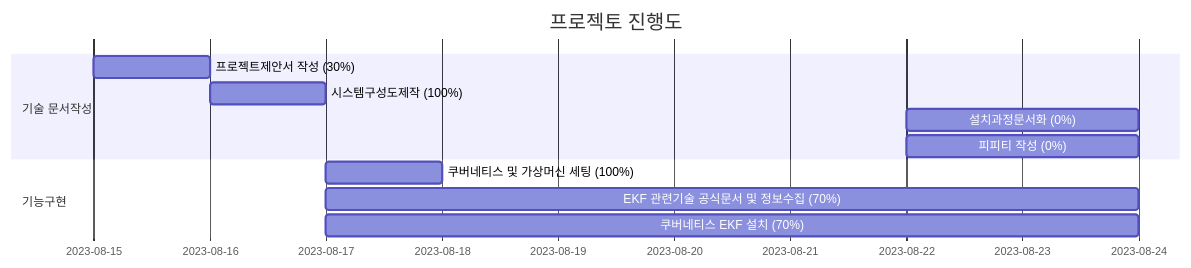
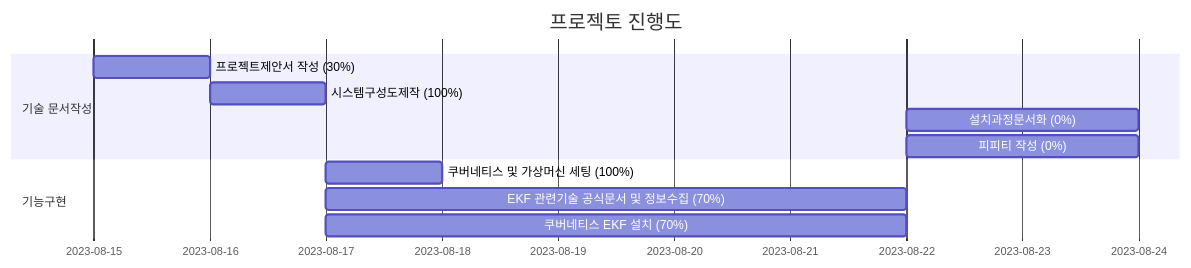
One commit to minjunkim5876/project_eggs changed the diagram in README.md. Above: the diagram before and after it, drawn with Mermaid.

Commit message:
ㅇㅇㅇㅇㅇ

````diff
--- a/README.md
+++ b/README.md
@@ -4,15 +4,15 @@
 ```mermaid
 gantt
     title 프로젝토 진행도
     dateFormat  YYYY-MM-DD
     section 기술 문서작성
     프로젝트제안서 작성 (30%) : a1, 2023-8-15, 1d
     시스템구성도제작 (100%) : 2023-8-16, 1d
     설치과정문서화 (0%) : 2023-8-22, 2d
     피피티 작성 (0%) : 2023-8-22, 2d
 
     section 기능구현
     쿠버네티스 및 가상머신 세팅 (100%) : 2023-8-17,  1d
-    EKF 관련기술 공식문서 및 정보수집 (70%) : 2023-8-17  , 7d
-    쿠버네티스 EKF 설치 (70%) : 2023-8-17  , 7d
+    EKF 관련기술 공식문서 및 정보수집 (70%) : 2023-8-17  , 5d
+    쿠버네티스 EKF 설치 (70%) : 2023-8-17  , 5d
 ```
````
